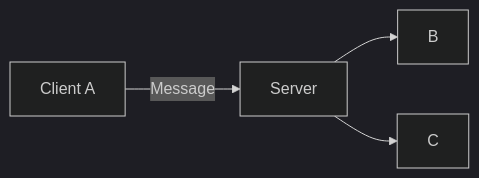
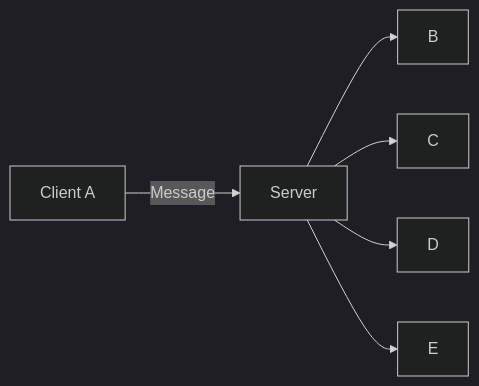
Before and after one commit to Summoner-Network/summoner-docs: the diagram in guide_sdk/getting_started/quickstart/begin_server.md, drawn with Mermaid (dark theme).

Commit message:
changed diagram

````diff
--- a/guide_sdk/getting_started/quickstart/begin_server.md
+++ b/guide_sdk/getting_started/quickstart/begin_server.md
@@ -176,6 +176,8 @@
 ```mermaid
 flowchart LR
     A[Client A] -->|Message| Server
     Server --> B
     Server --> C
+    Server --> D
+    Server --> E
 ```
````
